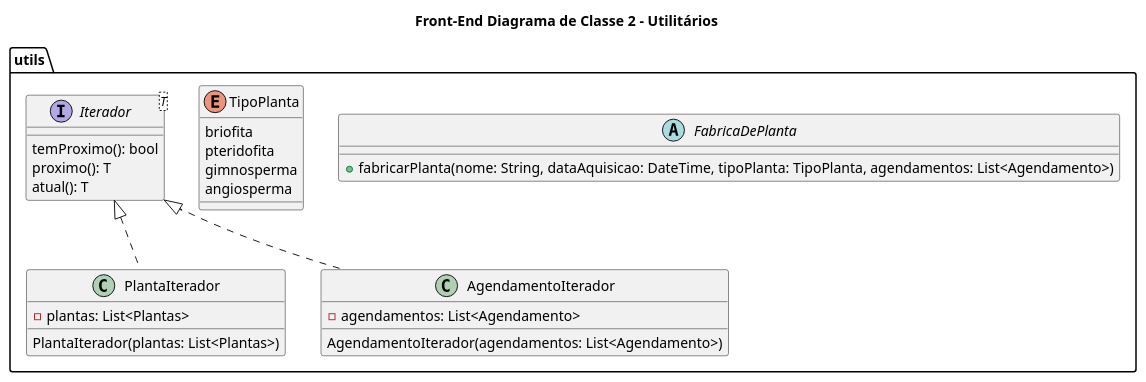
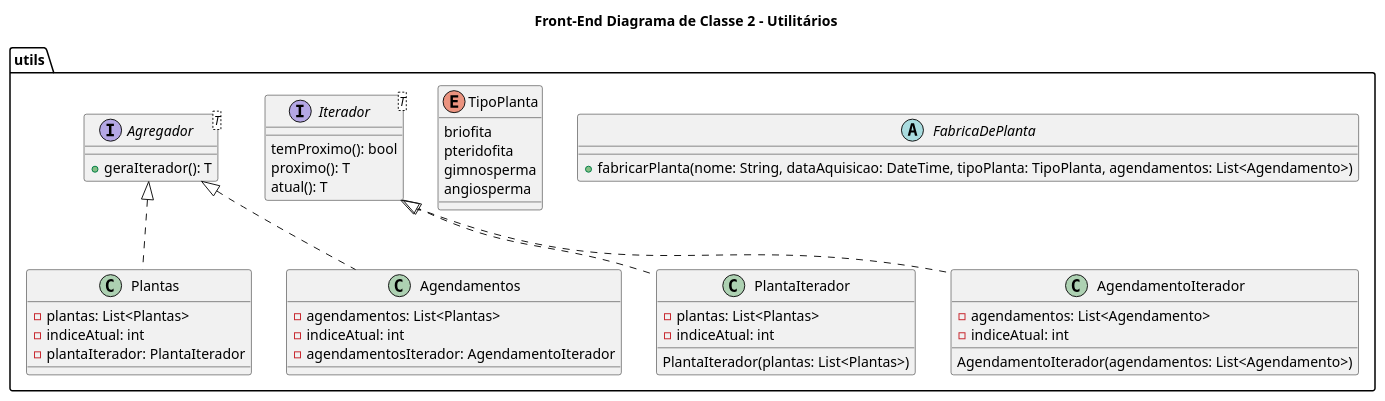
The diagram in docs/diagramas/src/diagramas_classe/frontend/diagrama_classe_2.plantuml (tiagors09/CareGardenProject), drawn with PlantUML before and after one commit. The commit also changed 3 other files, not shown here.

```diff
--- a/docs/diagramas/src/diagramas_classe/frontend/diagrama_classe_2.plantuml
+++ b/docs/diagramas/src/diagramas_classe/frontend/diagrama_classe_2.plantuml
@@ -1,37 +1,56 @@
 @startuml Diagrama_Classe_2
 title Front-End Diagrama de Classe 2 - Utilitários
 
 package utils {
   abstract class FabricaDePlanta {
     +fabricarPlanta(nome: String, dataAquisicao: DateTime, tipoPlanta: TipoPlanta, agendamentos: List<Agendamento>)
   }
 
   enum TipoPlanta {
     briofita
     pteridofita
     gimnosperma
     angiosperma
   }
 
   interface Iterador<T> {
     temProximo(): bool
     proximo(): T
     atual(): T
   }
 
   class PlantaIterador {
     -plantas: List<Plantas>
-    
+    -indiceAtual: int
     PlantaIterador(plantas: List<Plantas>)
   }
 
   class AgendamentoIterador {
     -agendamentos: List<Agendamento>
-    
+    -indiceAtual: int
     AgendamentoIterador(agendamentos: List<Agendamento>)
+  }
+
+  interface Agregador<T> {
+    +geraIterador(): T
+  }
+
+  class Plantas {
+    -plantas: List<Plantas>
+    -indiceAtual: int
+    -plantaIterador: PlantaIterador
+  }
+
+  class Agendamentos {
+    -agendamentos: List<Plantas>
+    -indiceAtual: int
+    -agendamentosIterador: AgendamentoIterador
   }
 
   Iterador <|.. PlantaIterador
   Iterador <|.. AgendamentoIterador
+
+  Agregador <|.. Plantas
+  Agregador <|.. Agendamentos
 }
 @enduml
```
